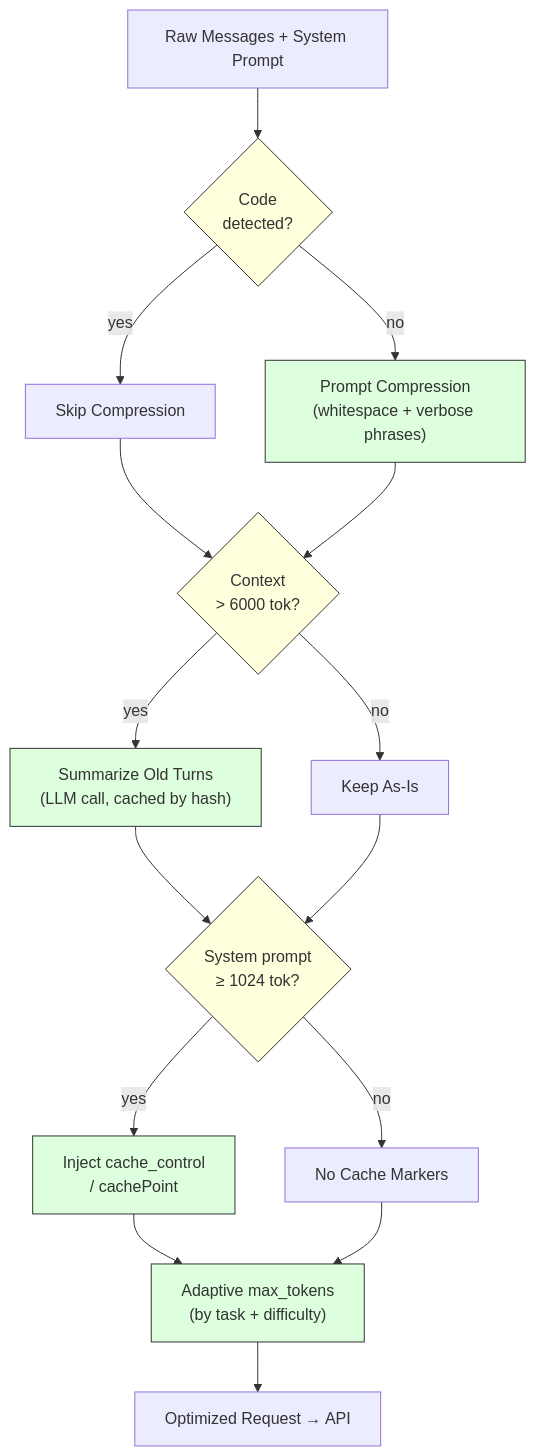
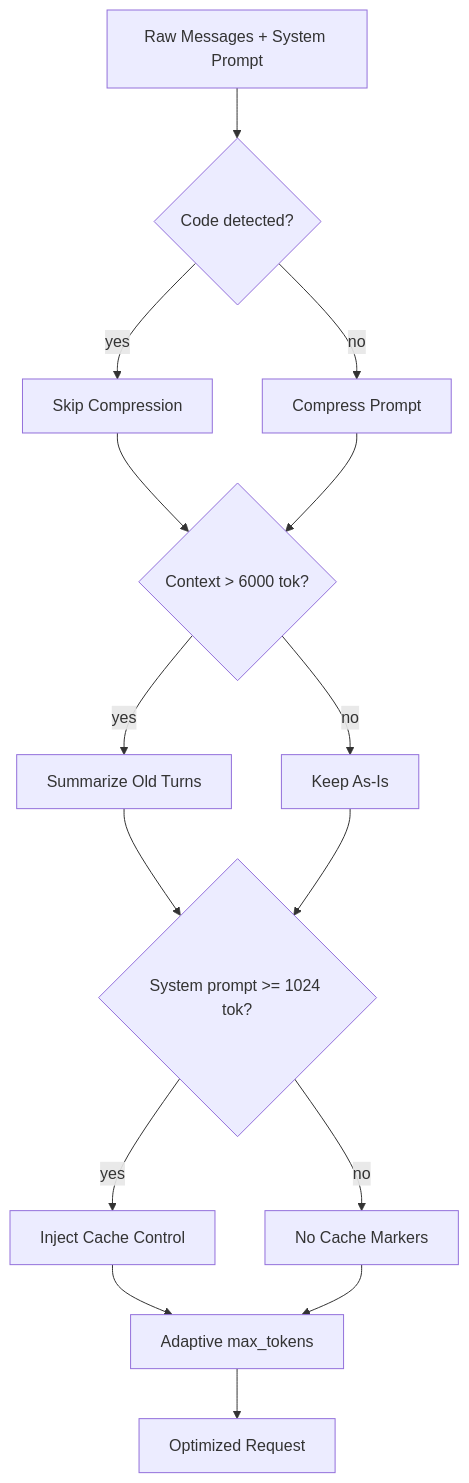
Before and after one commit to SyN-droMe/token-wrapper: the second of 3 diagrams in architecture.md, drawn with Mermaid. The commit also changed other lines of this file, not shown here.

Commit message:
Simplify Mermaid diagrams: remove custom colors, clean up labels

````diff
--- a/architecture.md
+++ b/architecture.md
@@ -35,38 +24,17 @@
 ```mermaid
 flowchart TD
-    IN["Raw Messages + System Prompt"]
-    COMP{"Code\ndetected?"}
-    COMPRESS["Prompt Compression\n(whitespace + verbose phrases)"]
-    SKIP["Skip Compression"]
-    TRIM{"Context\n> 6000 tok?"}
-    SUMMARIZE["Summarize Old Turns\n(LLM call, cached by hash)"]
-    KEEP["Keep As-Is"]
-    CACHE{"System prompt\n≥ 1024 tok?"}
-    INJECT["Inject cache_control\n/ cachePoint"]
-    NOCACHE["No Cache Markers"]
-    ADAPTIVE["Adaptive max_tokens\n(by task + difficulty)"]
-    OUT["Optimized Request → API"]
-
-    IN --> COMP
-    COMP -->|"yes"| SKIP
-    COMP -->|"no"| COMPRESS
-    SKIP --> TRIM
+    IN[Raw Messages + System Prompt] --> COMP{Code detected?}
+    COMP -->|yes| SKIP[Skip Compression]
+    COMP -->|no| COMPRESS[Compress Prompt]
+    SKIP --> TRIM{Context > 6000 tok?}
     COMPRESS --> TRIM
-    TRIM -->|"yes"| SUMMARIZE
-    TRIM -->|"no"| KEEP
-    SUMMARIZE --> CACHE
+    TRIM -->|yes| SUMMARIZE[Summarize Old Turns]
+    TRIM -->|no| KEEP[Keep As-Is]
+    SUMMARIZE --> CACHE{System prompt >= 1024 tok?}
     KEEP --> CACHE
-    CACHE -->|"yes"| INJECT
-    CACHE -->|"no"| NOCACHE
-    INJECT --> ADAPTIVE
+    CACHE -->|yes| INJECT[Inject Cache Control]
+    CACHE -->|no| NOCACHE[No Cache Markers]
+    INJECT --> ADAPTIVE[Adaptive max_tokens]
     NOCACHE --> ADAPTIVE
-    ADAPTIVE --> OUT
-
-    style COMP fill:#ffd,stroke:#333
-    style TRIM fill:#ffd,stroke:#333
-    style CACHE fill:#ffd,stroke:#333
-    style COMPRESS fill:#dfd,stroke:#333
-    style SUMMARIZE fill:#dfd,stroke:#333
-    style INJECT fill:#dfd,stroke:#333
-    style ADAPTIVE fill:#dfd,stroke:#333
+    ADAPTIVE --> OUT[Optimized Request]
 ```
````
